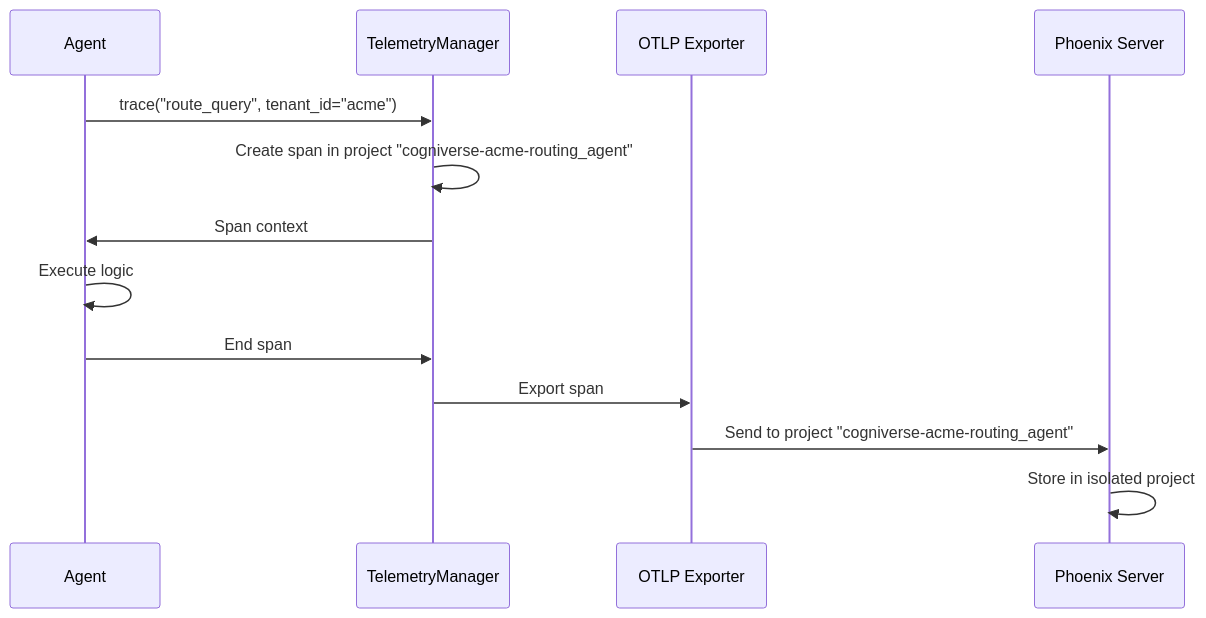
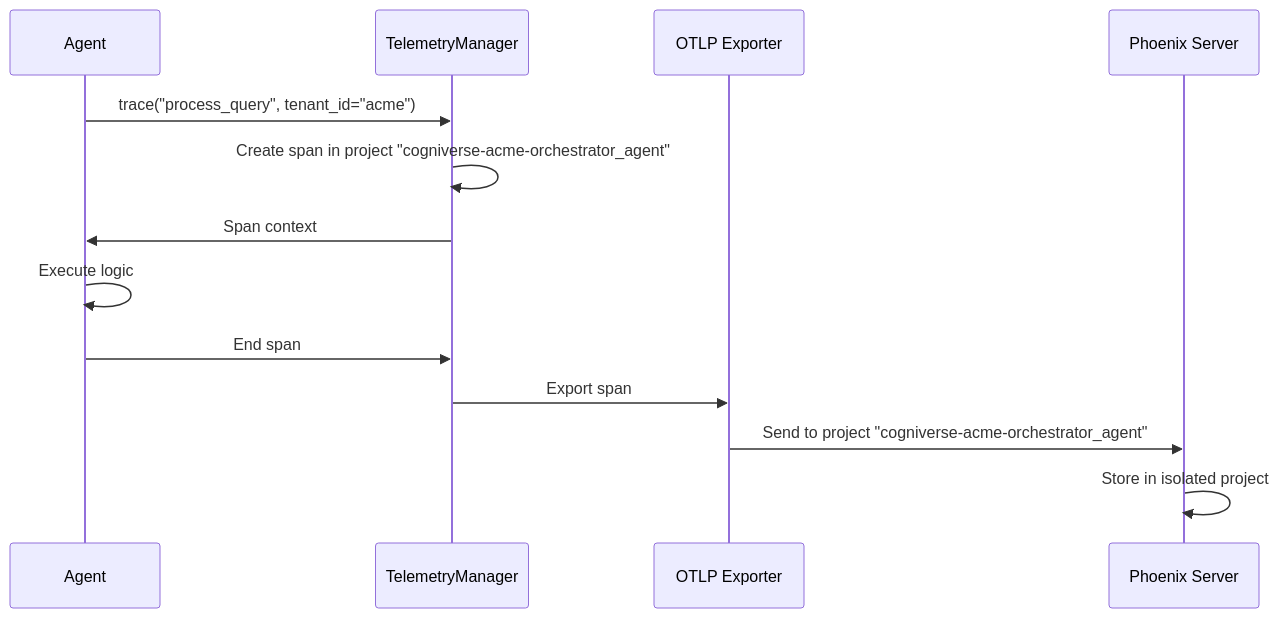
One commit to amit-jain/cogniverse changed the fourth of 6 diagrams in docs/architecture/multi-tenant.md. Above: the diagram before and after it, drawn with Mermaid. The commit also changed other lines of this file and 75 other files, not shown here.

First line of the commit message:
Remove RoutingAgent and replace with OrchestratorAgent dispatch

````diff
--- a/docs/architecture/multi-tenant.md
+++ b/docs/architecture/multi-tenant.md
@@ -719,16 +720,16 @@
 ```mermaid
 sequenceDiagram
     participant Agent
     participant TelemetryMgr as TelemetryManager
     participant OTLP as OTLP Exporter
     participant Phoenix as Phoenix Server
 
-    Agent->>TelemetryMgr: trace("route_query", tenant_id="acme")
-    TelemetryMgr->>TelemetryMgr: Create span in project "cogniverse-acme-routing_agent"
+    Agent->>TelemetryMgr: trace("process_query", tenant_id="acme")
+    TelemetryMgr->>TelemetryMgr: Create span in project "cogniverse-acme-orchestrator_agent"
     TelemetryMgr->>Agent: Span context
     Agent->>Agent: Execute logic
     Agent->>TelemetryMgr: End span
     TelemetryMgr->>OTLP: Export span
-    OTLP->>Phoenix: Send to project "cogniverse-acme-routing_agent"
+    OTLP->>Phoenix: Send to project "cogniverse-acme-orchestrator_agent"
     Phoenix->>Phoenix: Store in isolated project
 ```
````
